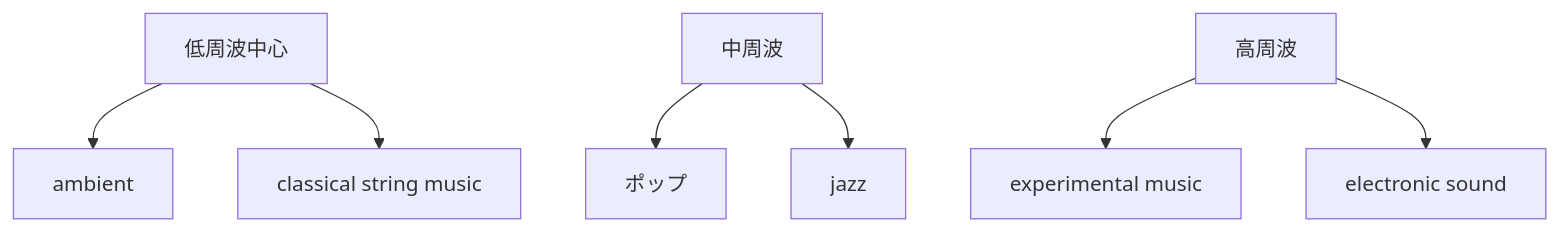
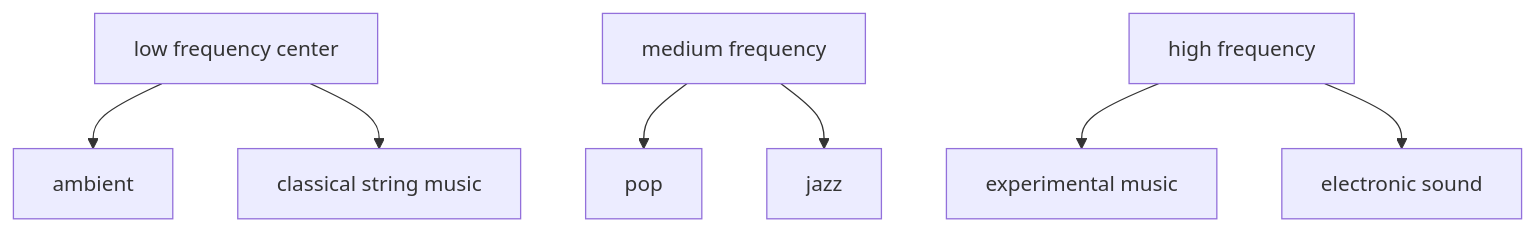
One commit to monumental-movement/monumental-movement.github.io changed the fifth of 5 diagrams in en/_posts/2026-04-11-column-dog-cat-music.md. Above: the diagram before and after it, drawn with Mermaid. The commit also changed other lines of this file and 851 other files, not shown here.

```diff
--- a/en/_posts/2026-04-11-column-dog-cat-music.md
+++ b/en/_posts/2026-04-11-column-dog-cat-music.md
@@ -324,9 +324,9 @@
 <div class="mermaid">
 graph TD
-A[低周波中心] --> B[ambient]
+A[low frequency center] --> B[ambient]
 A --> C[classical string music]
-D[中周波] --> E[ポップ]
+D[medium frequency] --> E[pop]
 D --> F[jazz]
-G[高周波] --> H[experimental music]
+G[high frequency] --> H[experimental music]
 G --> I[electronic sound]
 </div>
```
